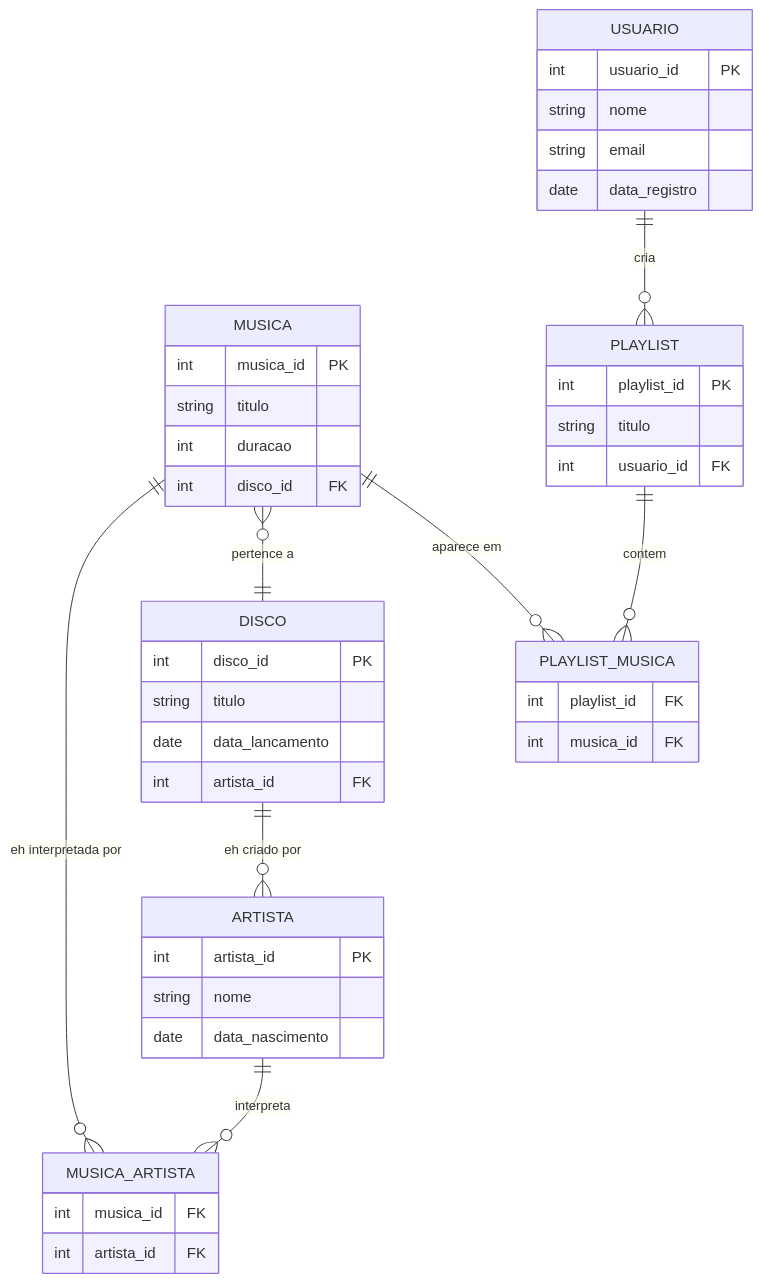
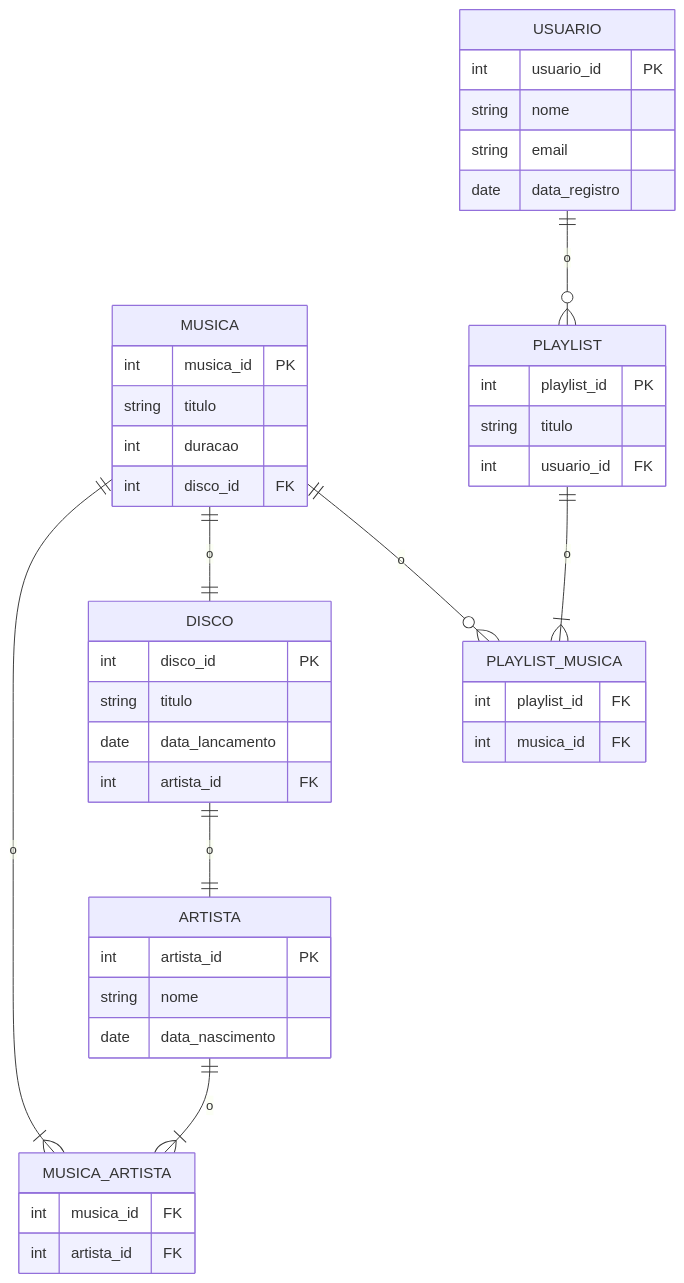
Before and after one commit to LuiisMarim/ModelandoBDSQL: the diagram in Mr.md, drawn with Mermaid.

````diff
--- a/Mr.md
+++ b/Mr.md
@@ -5,55 +5,55 @@
 ```mermaid
 erDiagram
     MUSICA {
         int musica_id PK
         string titulo
         int duracao
         int disco_id FK
     }
 
     ARTISTA {
         int artista_id PK
         string nome
         date data_nascimento
     }
 
     DISCO {
         int disco_id PK
         string titulo
         date data_lancamento
         int artista_id FK
     }
 
     USUARIO {
         int usuario_id PK
         string nome
         string email
         date data_registro
     }
 
     PLAYLIST {
         int playlist_id PK
         string titulo
         int usuario_id FK
     }
 
     MUSICA_ARTISTA {
         int musica_id FK
         int artista_id FK
     }
 
     PLAYLIST_MUSICA {
         int playlist_id FK
         int musica_id FK
     }
 
-    MUSICA ||--o{ MUSICA_ARTISTA : "eh interpretada por"
-    ARTISTA ||--o{ MUSICA_ARTISTA : "interpreta"
-    MUSICA }o--|| DISCO : "pertence a"
-    DISCO ||--o{ ARTISTA : "eh criado por"
-    USUARIO ||--o{ PLAYLIST : "cria"
-    PLAYLIST ||--o{ PLAYLIST_MUSICA : "contem"
-    MUSICA ||--o{ PLAYLIST_MUSICA : "aparece em"
+    MUSICA ||--|{ MUSICA_ARTISTA: o
+    ARTISTA ||--|{ MUSICA_ARTISTA : o
+    MUSICA ||--|| DISCO : o
+    DISCO ||--|| ARTISTA : o
+    USUARIO ||--o{ PLAYLIST : o
+    PLAYLIST ||--|{ PLAYLIST_MUSICA : o 
+    MUSICA ||--o{ PLAYLIST_MUSICA : o
 
 
 ```
````
